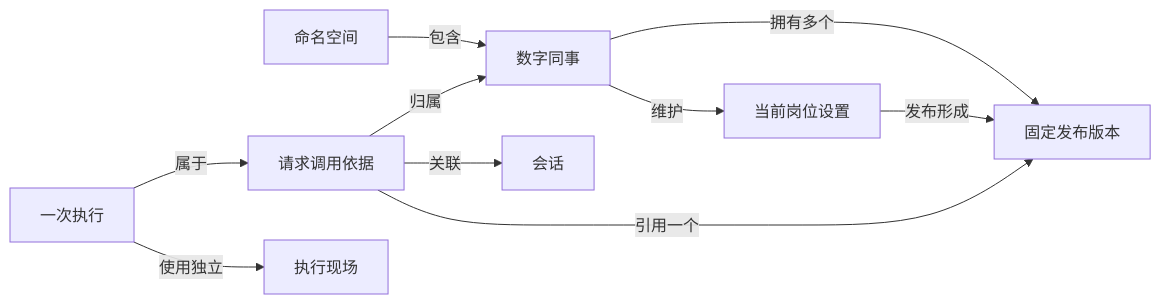
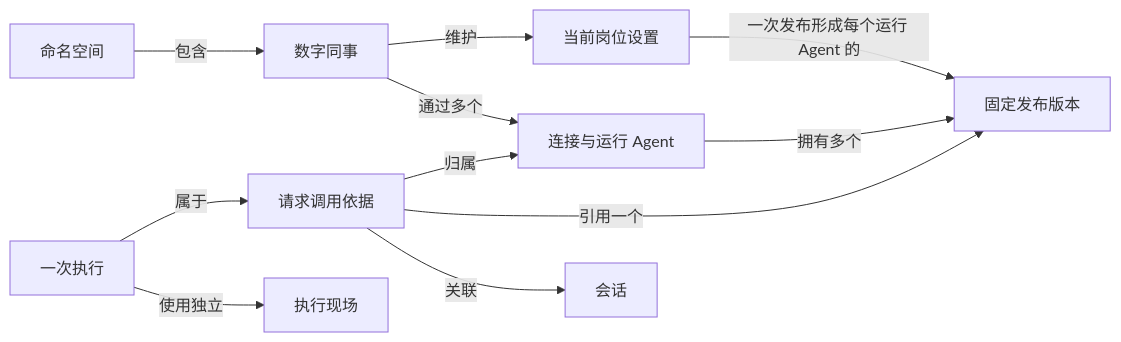
The first of 6 diagrams in jiuwenswarm/server/jiuwenmate/docs/designs/jiuwenmate-architecture.md (openJiuwen-ai/jiuwenswarm), drawn with Mermaid before and after one commit. The commit also changed other lines of this file and 46 other files, not shown here.

````diff
--- a/jiuwenswarm/server/jiuwenmate/docs/designs/jiuwenmate-architecture.md
+++ b/jiuwenswarm/server/jiuwenmate/docs/designs/jiuwenmate-architecture.md
@@ -101,12 +102,13 @@
 ```mermaid
 flowchart LR
     N["命名空间"] -->|包含| A["数字同事"]
     A -->|维护| D["当前岗位设置"]
-    A -->|拥有多个| V["固定发布版本"]
-    D -->|发布形成| V
-    Q["请求调用依据"] -->|归属| A
+    A -->|通过多个| L["连接与运行 Agent"]
+    L -->|拥有多个| V["固定发布版本"]
+    D -->|一次发布形成每个运行 Agent 的| V
+    Q["请求调用依据"] -->|归属| L
     Q -->|引用一个| V
     Q -->|关联| S["会话"]
     E["一次执行"] -->|属于| Q
     E -->|使用独立| C["执行现场"]
 ```
````
